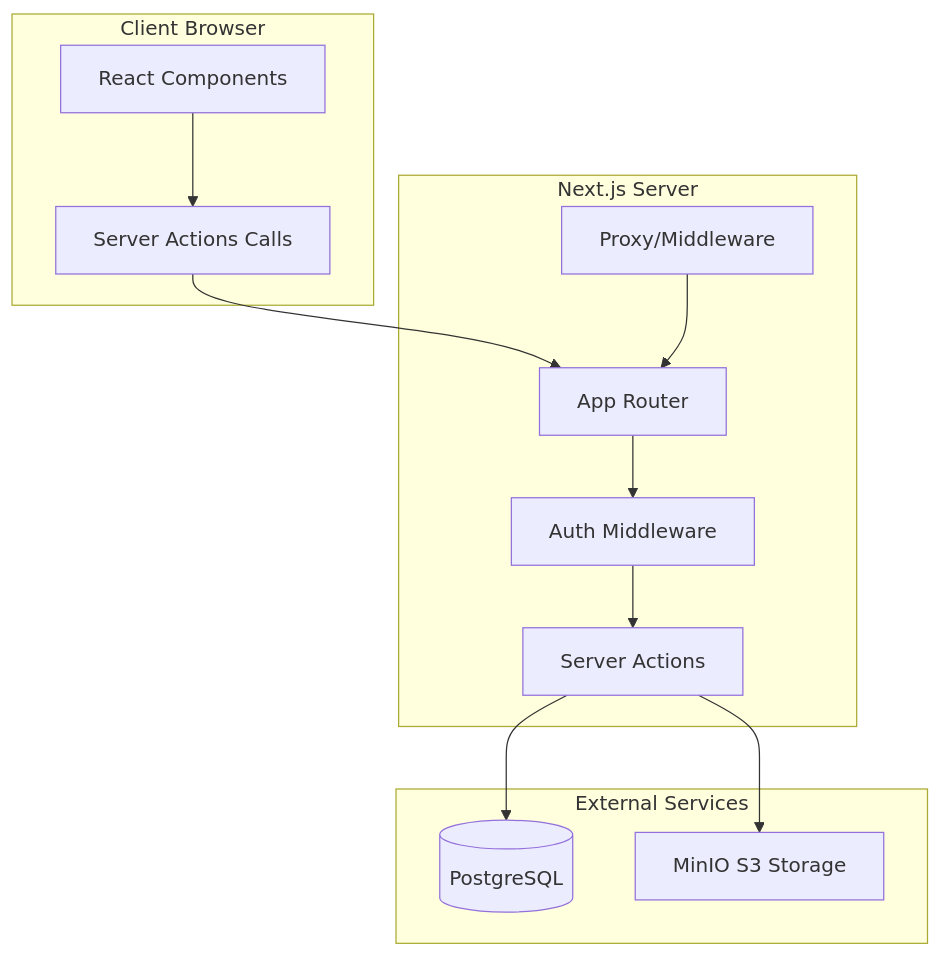
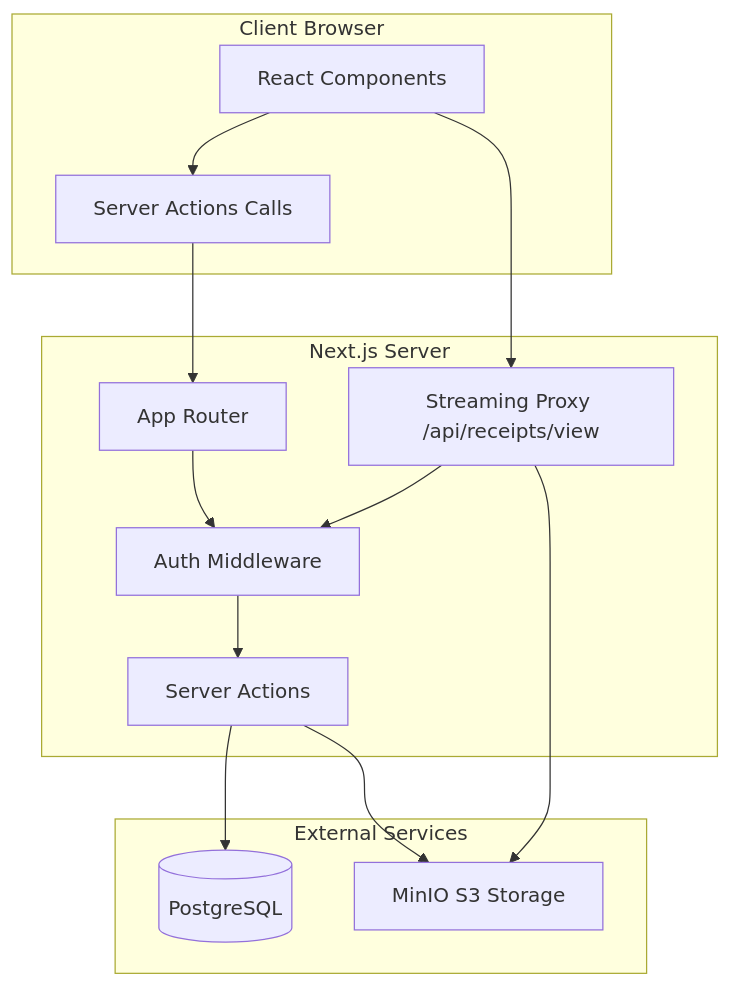
Before and after one commit to fandap42/uctenky-app: the second of 8 diagrams in docs/TECHNICAL_DOCUMENTATION.md, drawn with Mermaid. The commit also changed other lines of this file and 9 other files, not shown here.

````diff
--- a/docs/TECHNICAL_DOCUMENTATION.md
+++ b/docs/TECHNICAL_DOCUMENTATION.md
@@ -91,27 +91,29 @@
 ```mermaid
 flowchart TB
     subgraph Client["Client Browser"]
         UI[React Components]
         SA[Server Actions Calls]
     end
     
     subgraph Server["Next.js Server"]
         APP[App Router]
         ACTIONS[Server Actions]
         AUTH[Auth Middleware]
-        PROXY[Proxy/Middleware]
+        STREAM[Streaming Proxy /api/receipts/view]
     end
     
     subgraph External["External Services"]
         DB[(PostgreSQL)]
         STORAGE[MinIO S3 Storage]
     end
     
     UI --> SA
     SA --> APP
     APP --> AUTH
     AUTH --> ACTIONS
     ACTIONS --> DB
     ACTIONS --> STORAGE
-    PROXY --> APP
+    UI --> STREAM
+    STREAM --> AUTH
+    STREAM --> STORAGE
 ```
````
